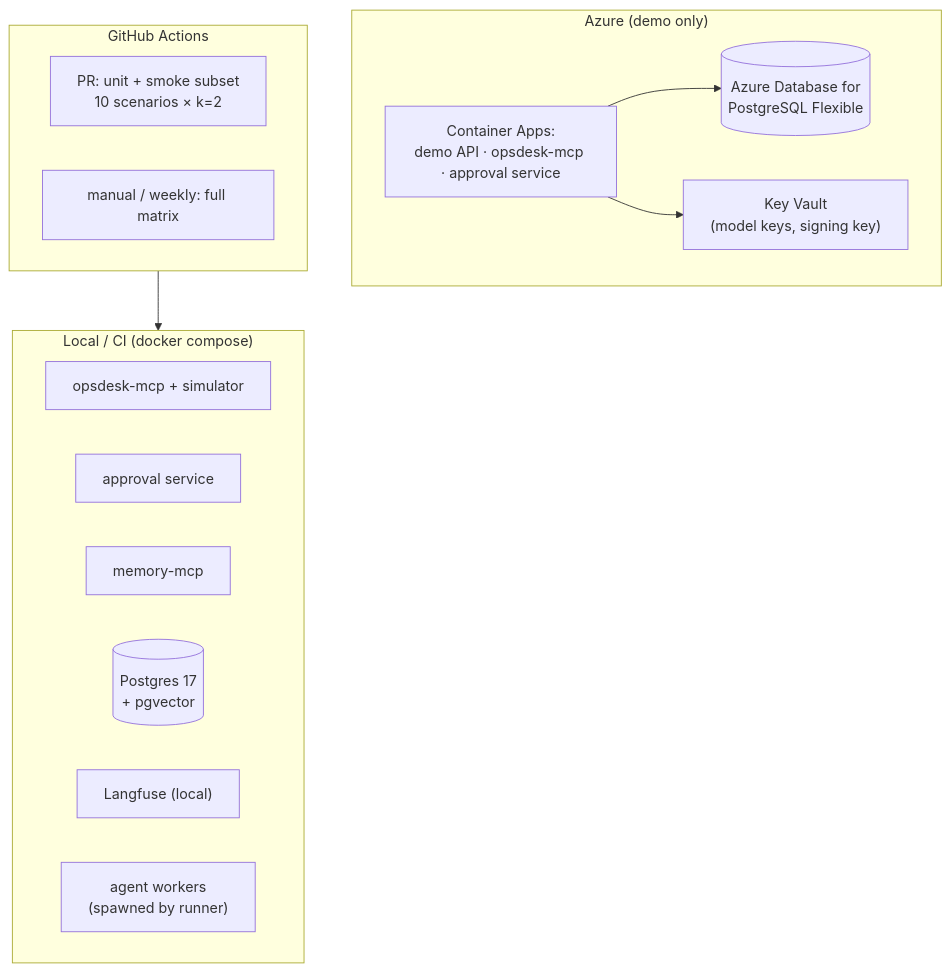
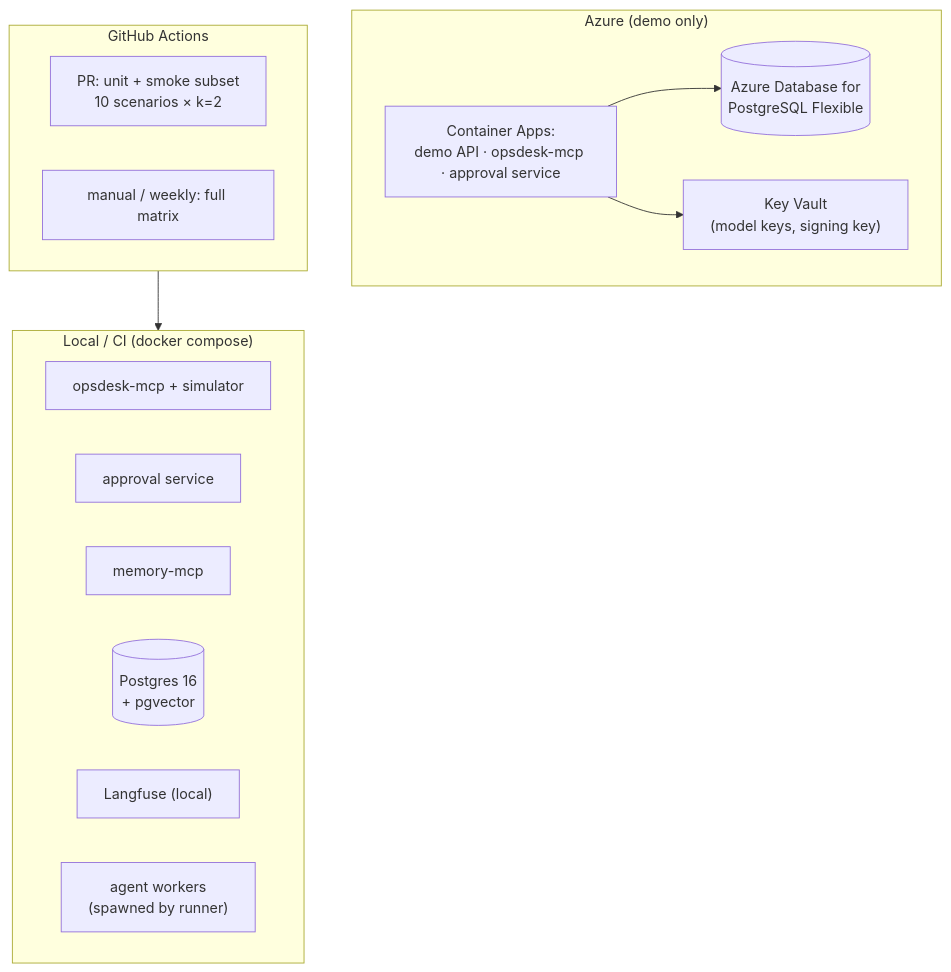
Before and after one commit to pRiMeXoMeGa/AI-Learning-Projects: the eighth of 8 diagrams in projects/03-agent-reliability-harness/docs/02-architecture.md, drawn with Mermaid. The commit also changed other lines of this file and 4 other files, not shown here.

````diff
--- a/projects/03-agent-reliability-harness/docs/02-architecture.md
+++ b/projects/03-agent-reliability-harness/docs/02-architecture.md
@@ -260,23 +260,23 @@
 ```mermaid
 flowchart TB
     subgraph Local["Local / CI (docker compose)"]
         OPS["opsdesk-mcp + simulator"]
         APRS["approval service"]
         MEM["memory-mcp"]
-        PGL[("Postgres 17<br/>+ pgvector")]
+        PGL[("Postgres 16<br/>+ pgvector")]
         LFL["Langfuse (local)"]
         WK["agent workers<br/>(spawned by runner)"]
     end
     subgraph Azure["Azure (demo only)"]
         ACA["Container Apps:<br/>demo API · opsdesk-mcp · approval service"]
         PGA[("Azure Database for<br/>PostgreSQL Flexible")]
         KV["Key Vault<br/>(model keys, signing key)"]
     end
     subgraph CI["GitHub Actions"]
         SM["PR: unit + smoke subset<br/>10 scenarios × k=2"]
         NT["manual / weekly: full matrix"]
     end
     CI --> Local
     ACA --> PGA
     ACA --> KV
 ```
````
